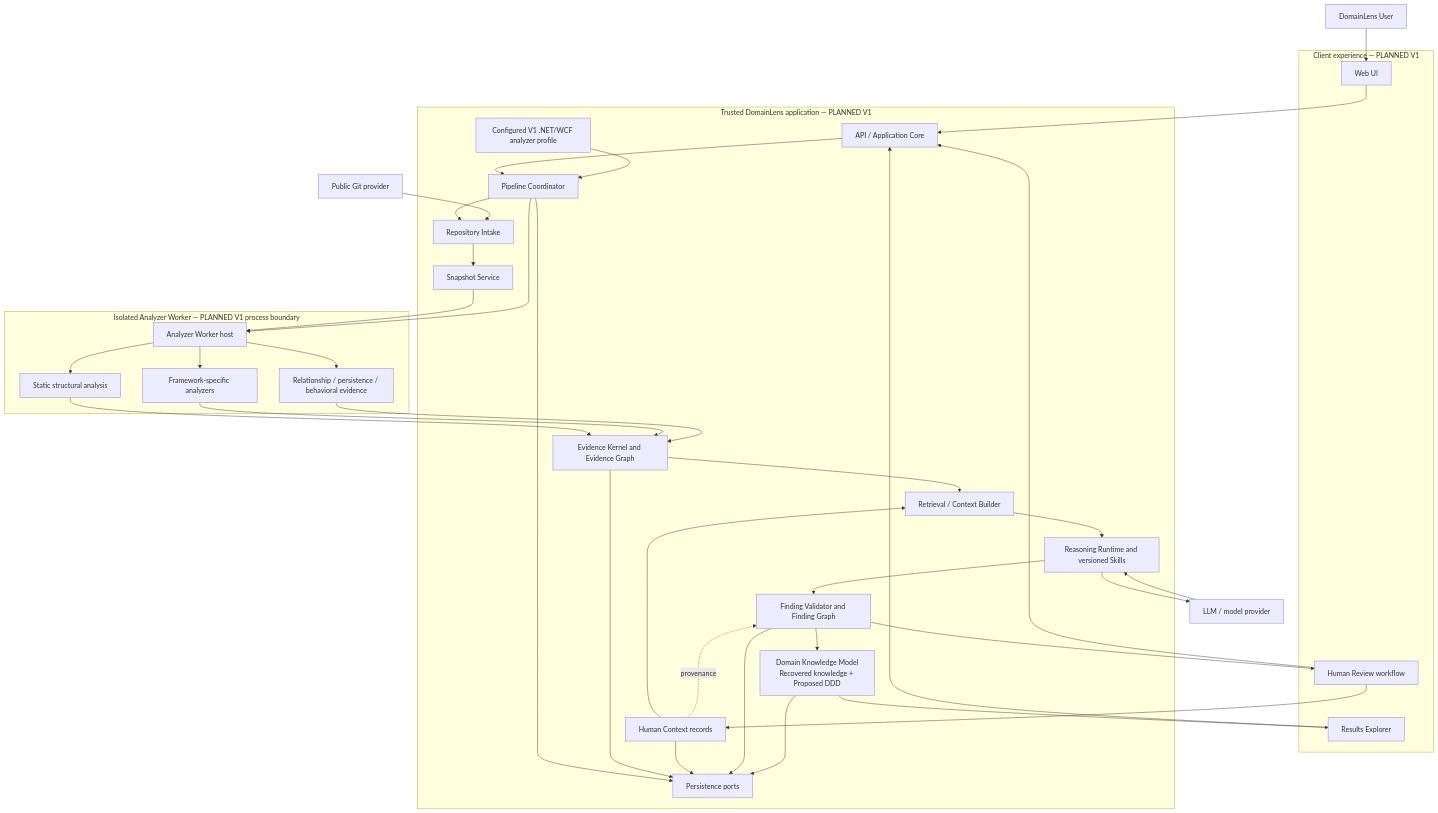
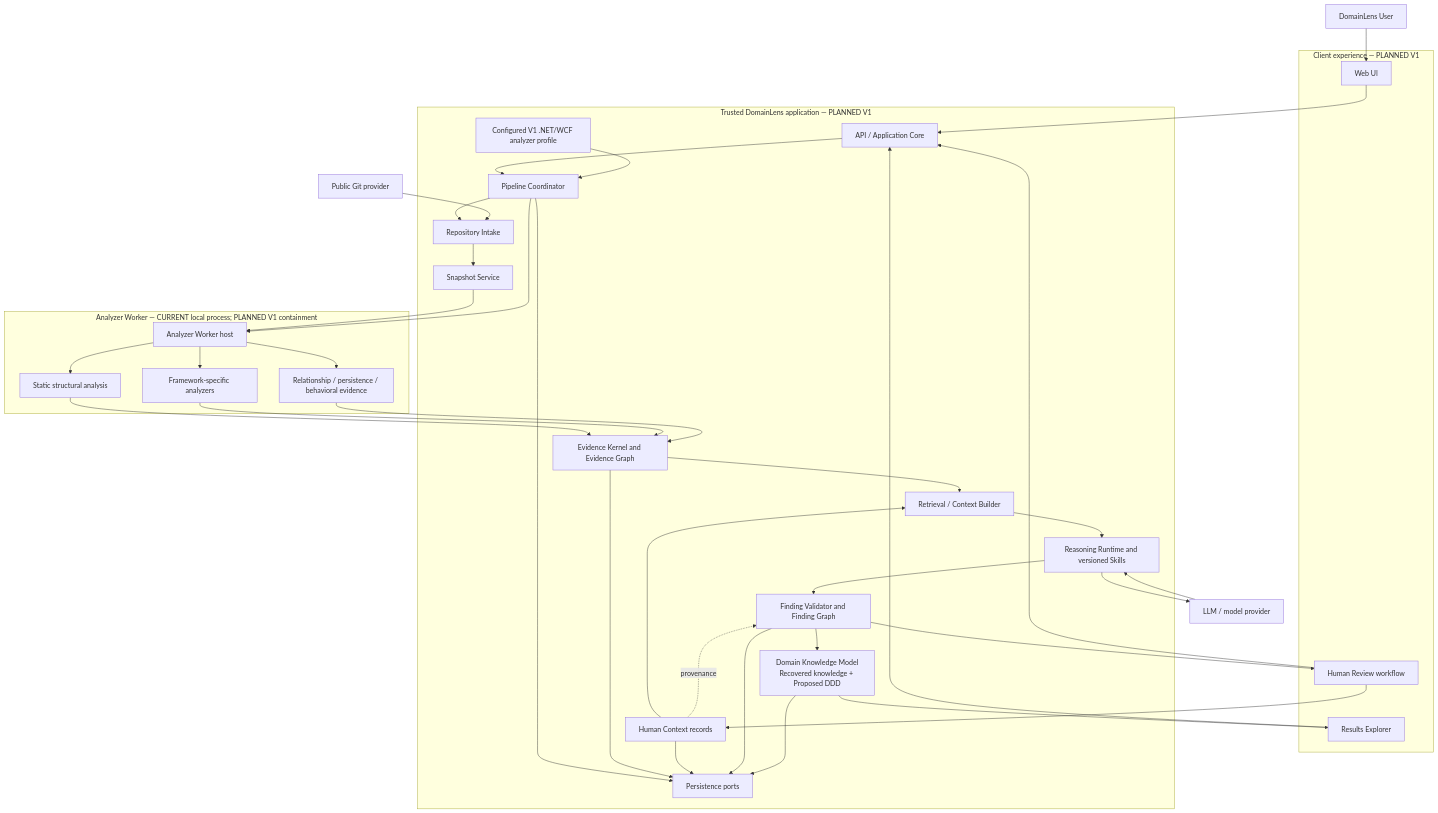
Before and after one commit to ksharik/domainLens: the diagram in docs/architecture/02-logical-architecture.md, drawn with Mermaid. The commit also changed other lines of this file and 78 other files, not shown here.

````diff
--- a/docs/architecture/02-logical-architecture.md
+++ b/docs/architecture/02-logical-architecture.md
@@ -42,68 +44,68 @@
 ```mermaid
 flowchart TB
     user["DomainLens User"]
     git["Public Git provider"]
     model["LLM / model provider"]
 
     subgraph clients["Client experience — PLANNED V1"]
         web["Web UI"]
         explorer["Results Explorer"]
         review["Human Review workflow"]
     end
 
     subgraph trusted["Trusted DomainLens application — PLANNED V1"]
         api["API / Application Core"]
         coordinator["Pipeline Coordinator"]
         intake["Repository Intake"]
         snapshot["Snapshot Service"]
         analyzerConfig["Configured V1 .NET/WCF analyzer profile"]
         evidenceKernel["Evidence Kernel and Evidence Graph"]
         context["Retrieval / Context Builder"]
         humanContext["Human Context records"]
         reasoning["Reasoning Runtime and versioned Skills"]
         findingValidator["Finding Validator and Finding Graph"]
         domainModel["Domain Knowledge Model<br/>Recovered knowledge + Proposed DDD"]
         persistence["Persistence ports"]
     end
 
-    subgraph isolated["Isolated Analyzer Worker — PLANNED V1 process boundary"]
+    subgraph isolated["Analyzer Worker — CURRENT local process; PLANNED V1 containment"]
         worker["Analyzer Worker host"]
         structural["Static structural analysis"]
         framework["Framework-specific analyzers"]
         relationships["Relationship / persistence / behavioral evidence"]
     end
 
     user --> web
     web --> api
     explorer --> api
     review --> api
     api --> coordinator
     coordinator --> intake
     git --> intake
     intake --> snapshot
     snapshot --> worker
     analyzerConfig --> coordinator
     coordinator --> worker
     worker --> structural
     worker --> framework
     worker --> relationships
     structural --> evidenceKernel
     framework --> evidenceKernel
     relationships --> evidenceKernel
     evidenceKernel --> context
     review --> humanContext
     humanContext --> context
     context --> reasoning
     reasoning --> model
     model --> reasoning
     reasoning --> findingValidator
     findingValidator --> review
     humanContext -. provenance .-> findingValidator
     findingValidator --> domainModel
     domainModel --> explorer
     coordinator --> persistence
     evidenceKernel --> persistence
     humanContext --> persistence
     findingValidator --> persistence
     domainModel --> persistence
 ```
````
